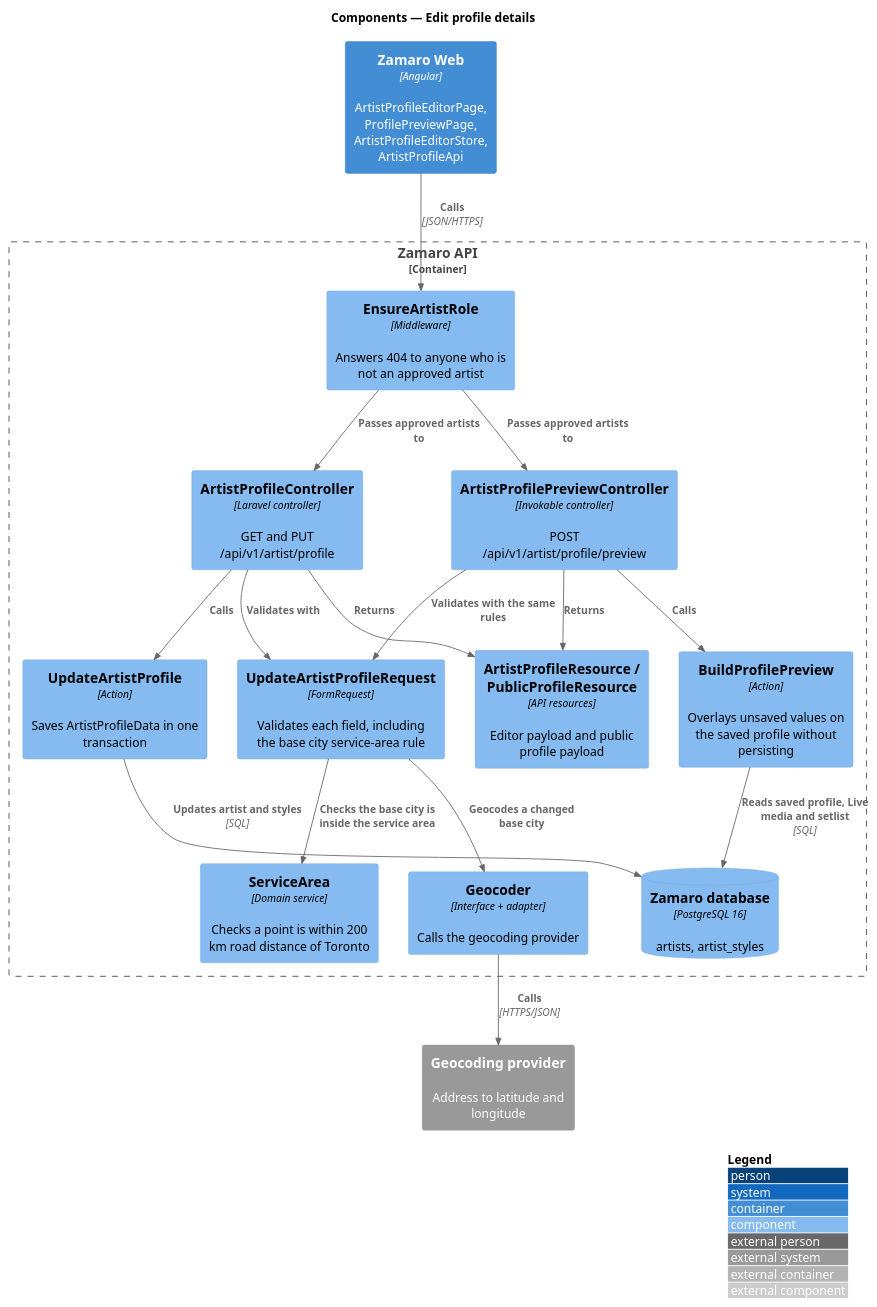
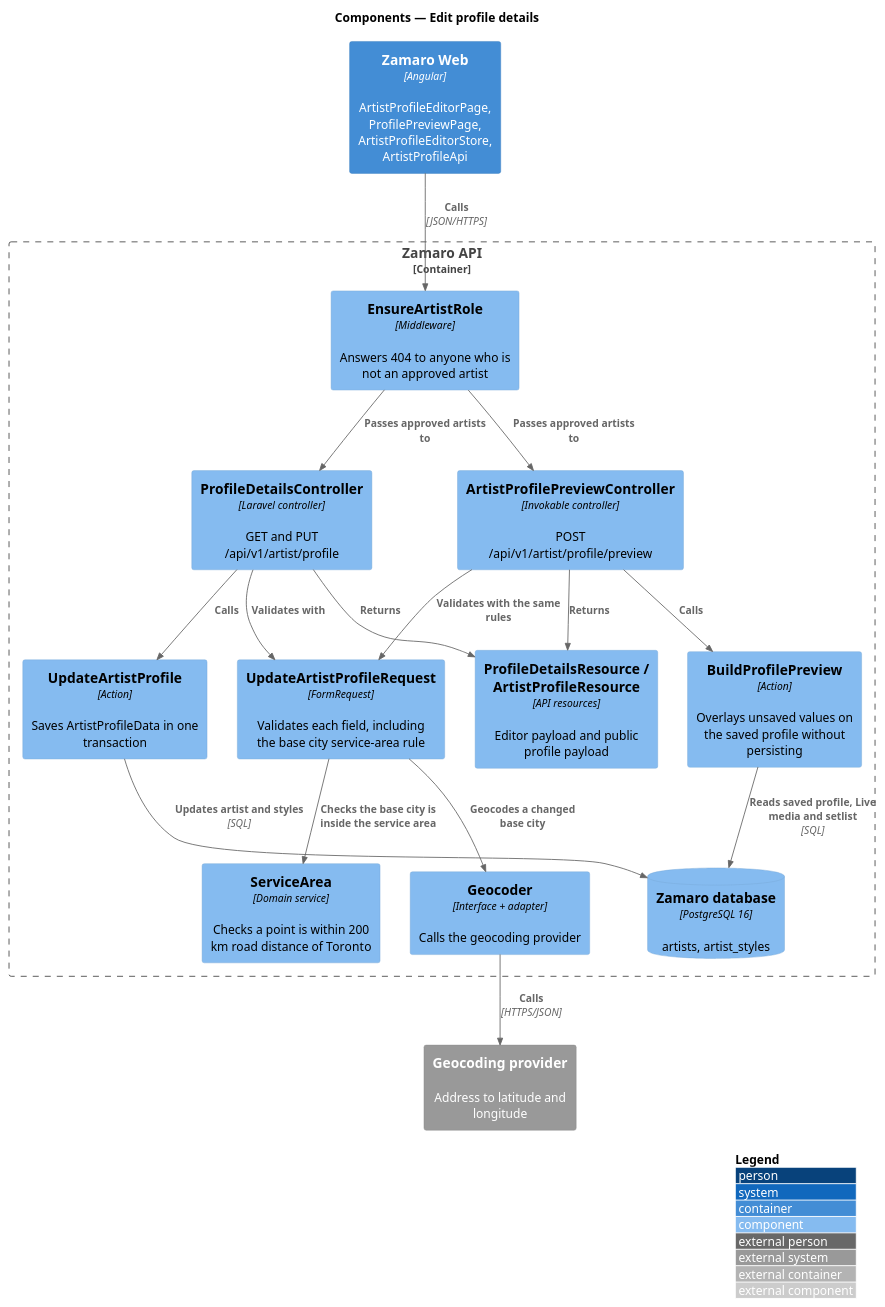
The diagram in docs/detailed-designs/artist-workspace/edit-profile-details/diagrams/c4-component.puml (QuinntyneBrown/zamaro), drawn with PlantUML before and after one commit. The commit also changed 11 other files, not shown here.

First line of the commit message:
docs(adr): 0008 artist profile names; record the profile as built in S11

```diff
--- a/docs/detailed-designs/artist-workspace/edit-profile-details/diagrams/c4-component.puml
+++ b/docs/detailed-designs/artist-workspace/edit-profile-details/diagrams/c4-component.puml
@@ -1,34 +1,34 @@
 @startuml
 !include <C4/C4_Component>
 LAYOUT_WITH_LEGEND()
 title Components — Edit profile details
 
 Container(web, "Zamaro Web", "Angular", "ArtistProfileEditorPage, ProfilePreviewPage, ArtistProfileEditorStore, ArtistProfileApi")
 System_Ext(geo, "Geocoding provider", "Address to latitude and longitude")
 Container_Boundary(api, "Zamaro API") {
   Component(mw, "EnsureArtistRole", "Middleware", "Answers 404 to anyone who is not an approved artist")
-  Component(ctrl, "ArtistProfileController", "Laravel controller", "GET and PUT /api/v1/artist/profile")
+  Component(ctrl, "ProfileDetailsController", "Laravel controller", "GET and PUT /api/v1/artist/profile")
   Component(pctrl, "ArtistProfilePreviewController", "Invokable controller", "POST /api/v1/artist/profile/preview")
   Component(req, "UpdateArtistProfileRequest", "FormRequest", "Validates each field, including the base city service-area rule")
   Component(action, "UpdateArtistProfile", "Action", "Saves ArtistProfileData in one transaction")
   Component(preview, "BuildProfilePreview", "Action", "Overlays unsaved values on the saved profile without persisting")
   Component(area, "ServiceArea", "Domain service", "Checks a point is within 200 km road distance of Toronto")
   Component(geocoder, "Geocoder", "Interface + adapter", "Calls the geocoding provider")
-  Component(res, "ArtistProfileResource / PublicProfileResource", "API resources", "Editor payload and public profile payload")
+  Component(res, "ProfileDetailsResource / ArtistProfileResource", "API resources", "Editor payload and public profile payload")
   ComponentDb(db, "Zamaro database", "PostgreSQL 16", "artists, artist_styles")
 }
 Rel(web, mw, "Calls", "JSON/HTTPS")
 Rel(mw, ctrl, "Passes approved artists to")
 Rel(mw, pctrl, "Passes approved artists to")
 Rel(ctrl, req, "Validates with")
 Rel(pctrl, req, "Validates with the same rules")
 Rel(ctrl, action, "Calls")
 Rel(pctrl, preview, "Calls")
 Rel(req, geocoder, "Geocodes a changed base city")
 Rel(req, area, "Checks the base city is inside the service area")
 Rel(geocoder, geo, "Calls", "HTTPS/JSON")
 Rel(action, db, "Updates artist and styles", "SQL")
 Rel(preview, db, "Reads saved profile, Live media and setlist", "SQL")
 Rel(ctrl, res, "Returns")
 Rel(pctrl, res, "Returns")
 @enduml
```
